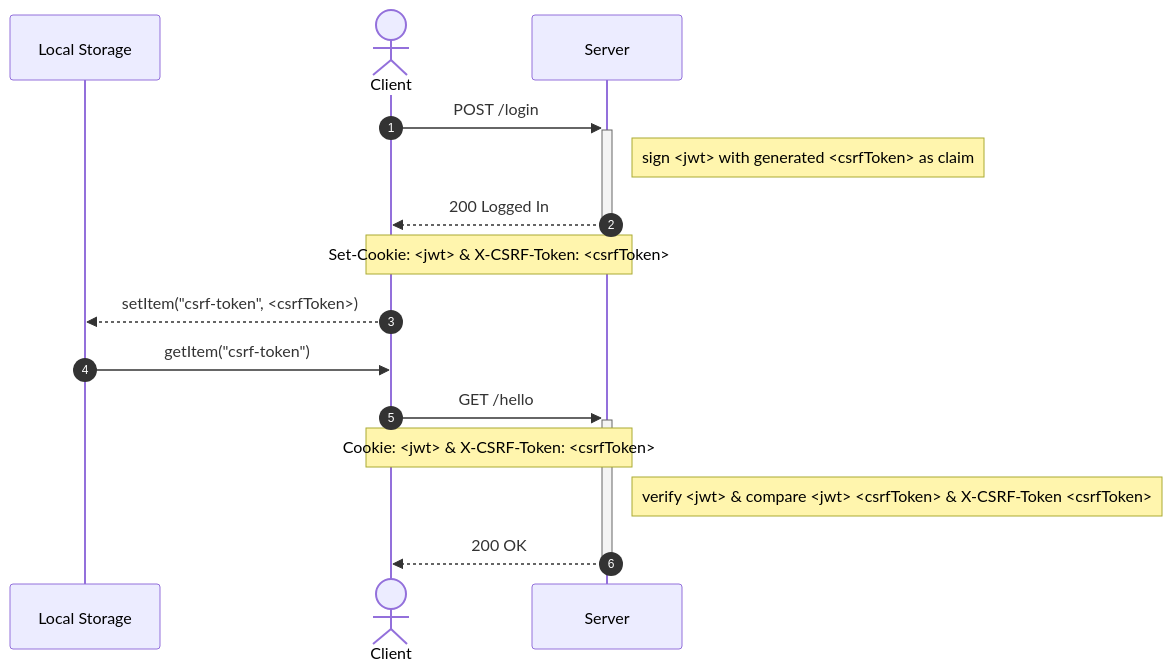
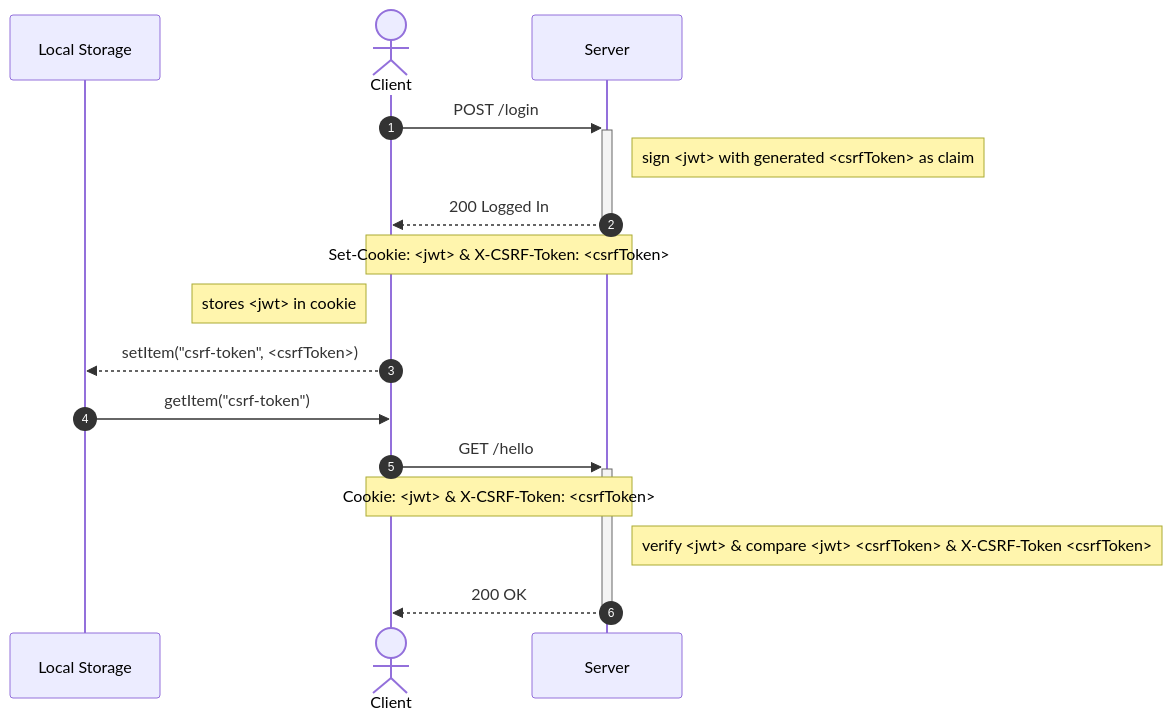
One commit to ngshiheng/worker-auth changed the second of 2 diagrams in README.md. Above: the diagram before and after it, drawn with Mermaid. The commit also changed other lines of this file, not shown here.

````diff
--- a/README.md
+++ b/README.md
@@ -51,18 +73,19 @@
 ```mermaid
 sequenceDiagram
     autonumber
     participant Local Storage
     actor Client
     participant Server
 
     Client->>+Server: POST /login
     Note right of Server: sign <jwt> with generated <csrfToken> as claim
     Server-->>-Client: 200 Logged In
     Note over Server,Client: Set-Cookie: <jwt> & X-CSRF-Token: <csrfToken>
+    Note left of Client: stores <jwt> in cookie
     Client-->>Local Storage: setItem("csrf-token", <csrfToken>);
     Local Storage->>Client: getItem("csrf-token");
     Client->>+Server: GET /hello
     Note over Client,Server: Cookie: <jwt> & X-CSRF-Token: <csrfToken>
     Note right of Server: verify <jwt> & compare <jwt> <csrfToken> & X-CSRF-Token <csrfToken>
     Server-->>-Client: 200 OK
 ```
````
